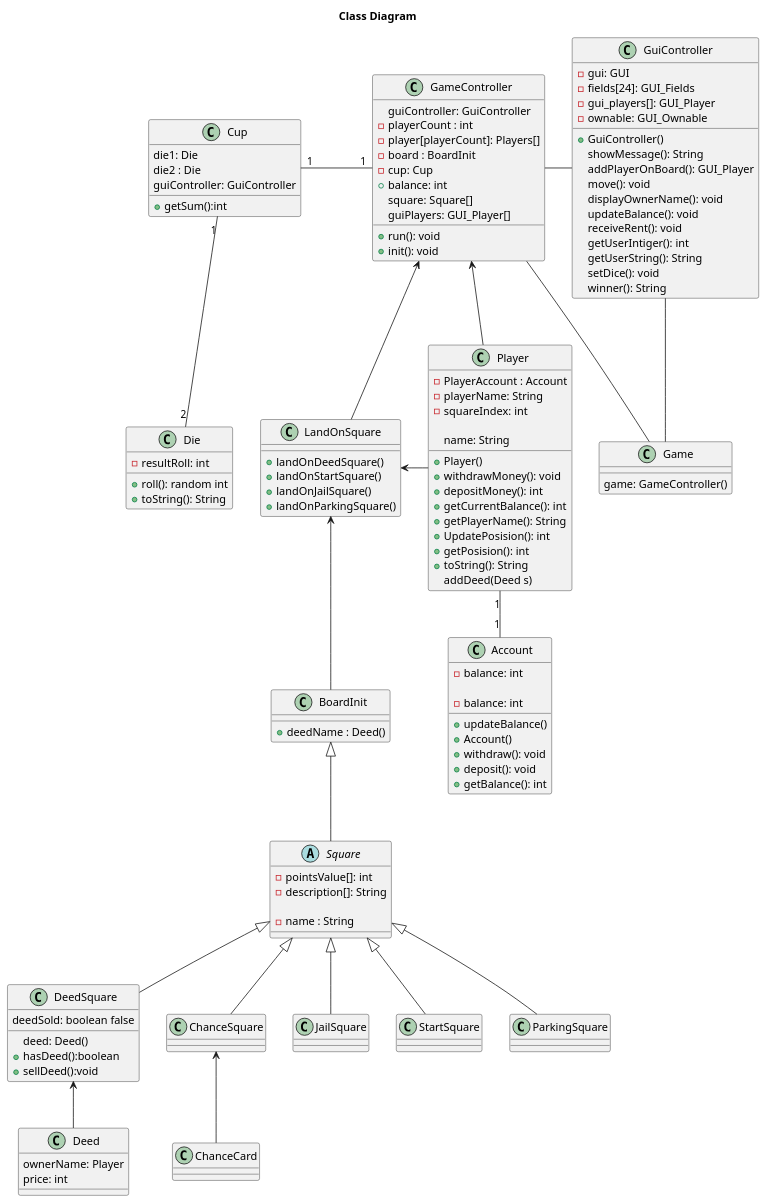
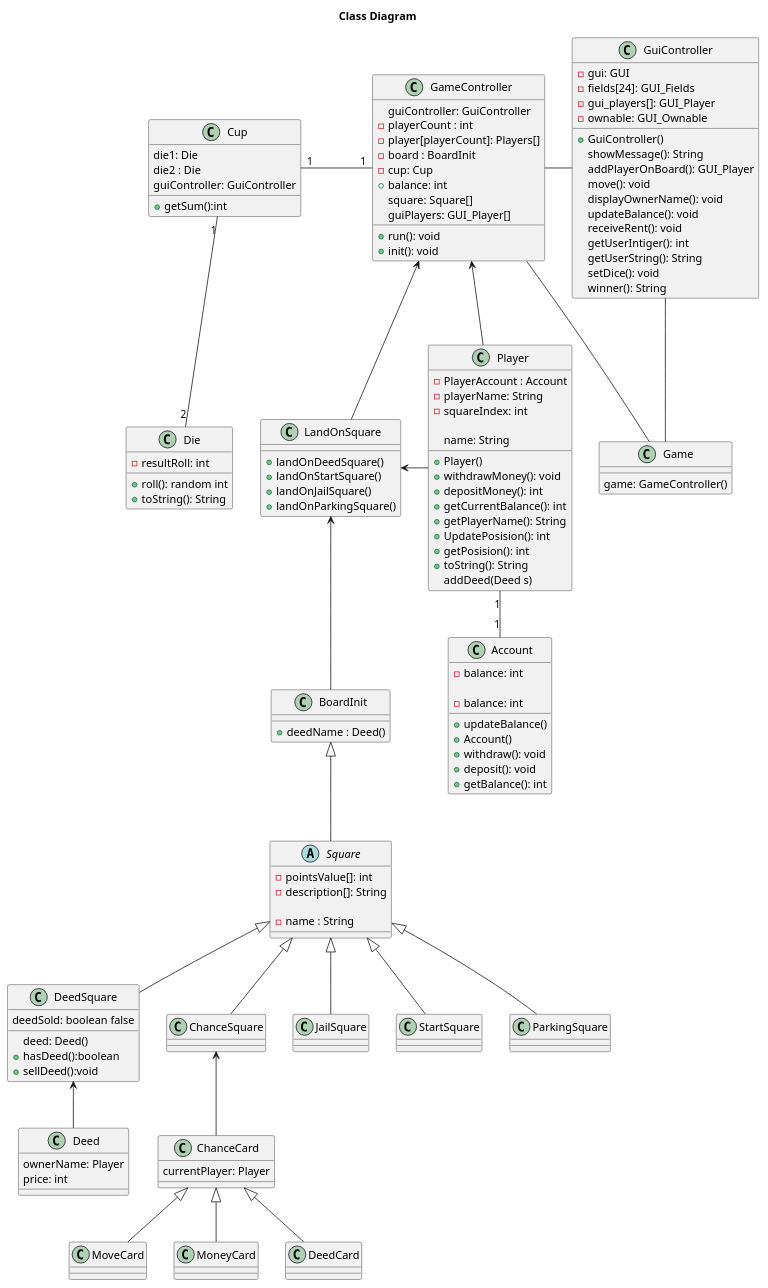
Before and after one commit to hellomelissaw/Matador: the diagram in Diagrams/ClassDiagram.puml, drawn with PlantUML. The commit also changed 4 other files, not shown here.

Commit message:
Updating class diagram to include abstract chance cards

```diff
--- a/Diagrams/ClassDiagram.puml
+++ b/Diagrams/ClassDiagram.puml
@@ -1,179 +1,195 @@
 @startuml
 
 title Class Diagram
 
 class Game{
 game: GameController()
 }
 
 
 class Cup{
 die1: Die
 die2 : Die
 guiController: GuiController
 +getSum():int
 }
 
 class Die {
 -resultRoll: int
 
 +roll(): random int
 +toString(): String
 }
 
 class GameController {
 guiController: GuiController
 -playerCount : int
 -player[playerCount]: Players[]
 -board : BoardInit
 -cup: Cup
 +balance: int
 square: Square[]
 guiPlayers: GUI_Player[]
 
 +run(): void
 +init(): void
 
 }
 
 class LandOnSquare {
 +landOnDeedSquare()
 +landOnStartSquare()
 +landOnJailSquare()
 +landOnParkingSquare()
 }
 
 class Player{
 -PlayerAccount : Account
 -playerName: String
 -squareIndex: int
 +Player()
 +withdrawMoney(): void
 +depositMoney(): int
 +getCurrentBalance(): int
 +getPlayerName(): String
 +UpdatePosision(): int
 +getPosision(): int
 +toString(): String
 
 }
 
 class Account{
 -balance: int
 +updateBalance()
 
 }
 
 class Square {
 -pointsValue[]: int
 -description[]: String
 
 }
 
 class BoardInit {
 +deedName : Deed()
 
 }
 
 abstract class Square {
 - name : String
 }
 
 class DeedSquare {
 deed: Deed()
 deedSold: boolean false
 +hasDeed():boolean
 +sellDeed():void
 
 }
 
 class Deed {
 ownerName: Player
 price: int
 
 }
 
 class Player {
 name: String
 addDeed(Deed s)
 
 }
 
 class Account {
 -balance: int
 +Account()
 +withdraw(): void
 +deposit(): void
 +getBalance(): int
 
 }
 
 class ChanceSquare {}
 
 class ChanceCard {}
 
 class JailSquare {}
 
 class StartSquare {}
 
 class ParkingSquare {}
 
 class GuiController{
 -gui: GUI
 -fields[24]: GUI_Fields
 -gui_players[]: GUI_Player
 -ownable: GUI_Ownable
 +GuiController()
 showMessage(): String
 addPlayerOnBoard(): GUI_Player
 move(): void
 displayOwnerName(): void
 updateBalance(): void
 receiveRent(): void
 getUserIntiger(): int
 getUserString(): String
 setDice(): void
 winner(): String
 }
 
+class ChanceCard {
+currentPlayer: Player
+
+}
+
+class MoveCard {
+
+}
+
 GameController -up- Game
 
 GuiController -right Game
 
 GameController <-down- LandOnSquare
 
 GuiController -left GameController
 
 LandOnSquare <-down- BoardInit
 
 LandOnSquare <-right- Player
 
 BoardInit <|-down- Square
 
 Square <|-down- DeedSquare
 
 DeedSquare <-down- Deed
 
 Square  <|-down- ChanceSquare
 
 ChanceSquare <-down- ChanceCard
 
 Square  <|-down- JailSquare
 
 Square  <|-down- StartSquare
 
 Square  <|-down- ParkingSquare
 
+ChanceCard <|-down- MoveCard
+
+ChanceCard <|-down- MoneyCard
+
+ChanceCard <|-down- DeedCard
+
+
 
 GameController <-right- Player
 
 GameController "1" -left- "1" Cup
 
 
 
 
 Cup "1" -down- "2" Die
 
 Player "1" -down- "1" Account
 
 @enduml
```
